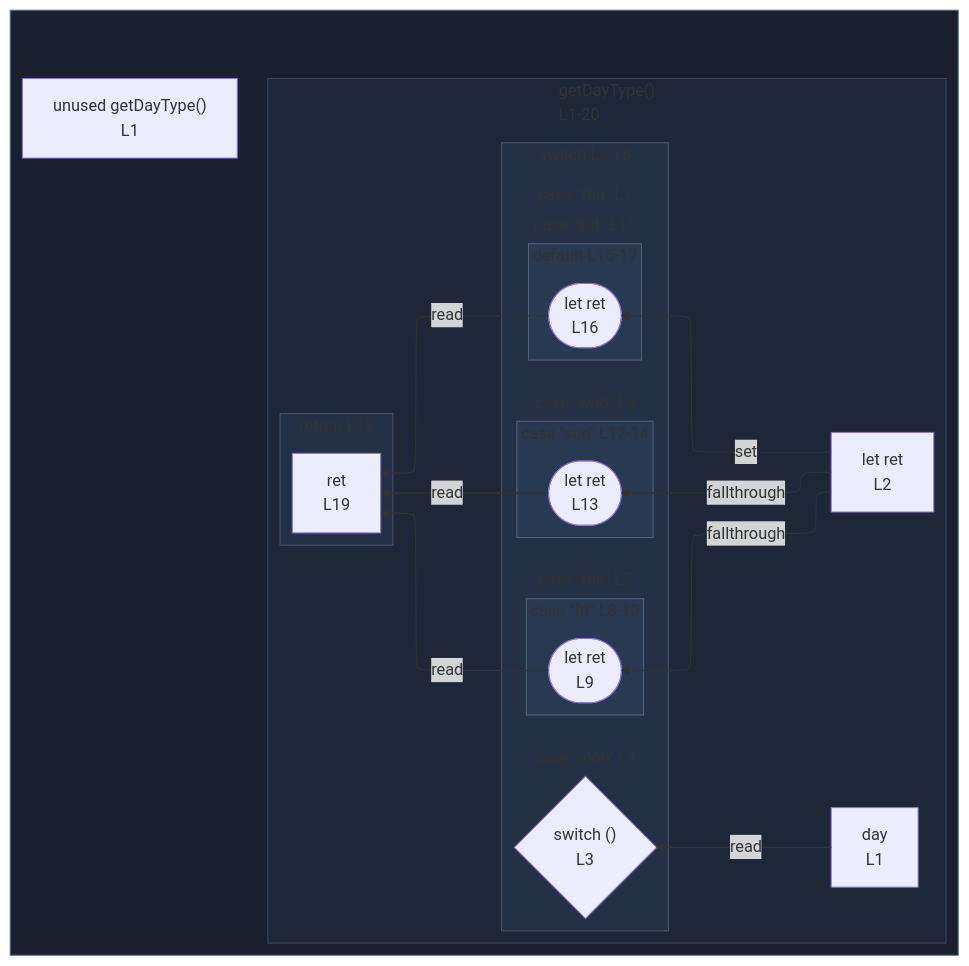
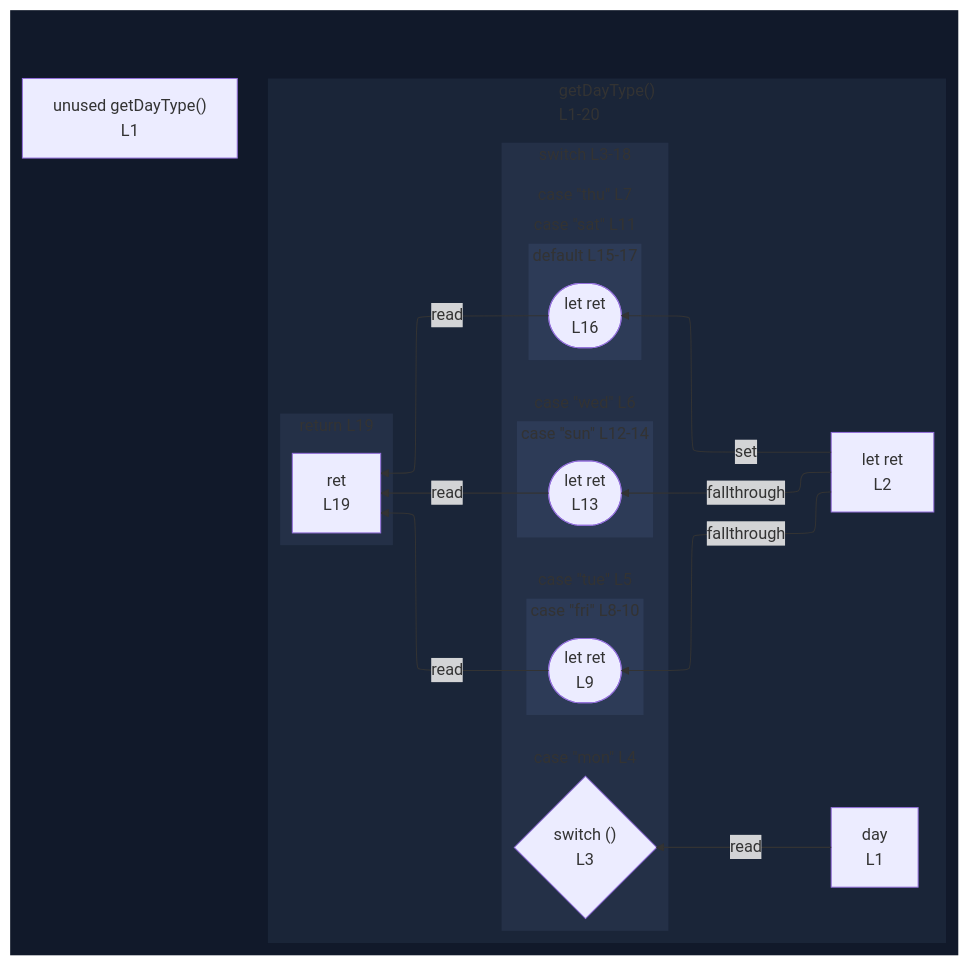
One commit to crescware/unsnarl changed the diagram in integration/fixtures/function/declaration/grouped-switch-cases/preview.md. Above: the diagram before and after it, drawn with Mermaid. The commit also changed 263 other files, not shown here.

First line of the commit message:
Drop fnWrap class and color function wrappers via the nest palette

````diff
--- a/integration/fixtures/function/declaration/grouped-switch-cases/preview.md
+++ b/integration/fixtures/function/declaration/grouped-switch-cases/preview.md
@@ -30,71 +30,71 @@
 ```mermaid
 %%{init: {"flowchart": {"defaultRenderer": "elk"}}}%%
 flowchart RL
   subgraph wrap_s_scope_1[" "]
     direction TB
     n_scope_0_getDayType_9["unused getDayType()<br/>L1"]
     subgraph s_scope_1["getDayType()<br/>L1-20"]
       direction RL
       n_scope_1_day_20["day<br/>L1"]
       n_scope_1_ret_33["let ret<br/>L2"]
       subgraph s_scope_2["switch L3-18"]
         direction RL
         switch_discriminant_scope_1_45{"switch ()<br/>L3"}
         subgraph s_scope_3["case &quot;mon&quot; L4"]
           direction RL
         end
         subgraph s_scope_4["case &quot;tue&quot; L5"]
           direction RL
         end
         subgraph s_scope_5["case &quot;wed&quot; L6"]
           direction RL
         end
         subgraph s_scope_6["case &quot;thu&quot; L7"]
           direction RL
         end
         subgraph s_scope_7["case &quot;fri&quot; L8-10"]
           direction RL
           wr_ref_2(["let ret<br/>L9"])
         end
         subgraph s_scope_8["case &quot;sat&quot; L11"]
           direction RL
         end
         subgraph s_scope_9["case &quot;sun&quot; L12-14"]
           direction RL
           wr_ref_3(["let ret<br/>L13"])
         end
         subgraph s_scope_10["default L15-17"]
           direction RL
           wr_ref_4(["let ret<br/>L16"])
         end
       end
       subgraph s_return_scope_0_getDayType_9_308_319["return L19"]
         direction RL
         ret_use_ref_5["ret<br/>L19"]
       end
     end
   end
   n_scope_1_ret_33 -->|fallthrough| wr_ref_2
   n_scope_1_ret_33 -->|fallthrough| wr_ref_3
   n_scope_1_ret_33 -->|set| wr_ref_4
   n_scope_1_day_20 -->|read| switch_discriminant_scope_1_45
   wr_ref_2 -->|read| ret_use_ref_5
   wr_ref_3 -->|read| ret_use_ref_5
   wr_ref_4 -->|read| ret_use_ref_5
-  classDef fnWrap fill:#1a2030,stroke:#5a7d99;
-  class wrap_s_scope_1 fnWrap;
-  classDef nestL1 fill:#1e2738,stroke:#3d4a63;
-  class s_scope_1 nestL1;
-  classDef nestL2 fill:#233045,stroke:#475670;
-  class s_scope_2 nestL2;
-  class s_return_scope_0_getDayType_9_308_319 nestL2;
-  classDef nestL3 fill:#283952,stroke:#51637d;
-  class s_scope_3 nestL3;
-  class s_scope_4 nestL3;
-  class s_scope_5 nestL3;
-  class s_scope_6 nestL3;
-  class s_scope_7 nestL3;
-  class s_scope_8 nestL3;
-  class s_scope_9 nestL3;
-  class s_scope_10 nestL3;
+  classDef nestL1 fill:#11192a,stroke:transparent;
+  class wrap_s_scope_1 nestL1;
+  classDef nestL2 fill:#1a2538,stroke:transparent;
+  class s_scope_1 nestL2;
+  classDef nestL3 fill:#243047,stroke:transparent;
+  class s_scope_2 nestL3;
+  class s_return_scope_0_getDayType_9_308_319 nestL3;
+  classDef nestL4 fill:#2d3b57,stroke:transparent;
+  class s_scope_3 nestL4;
+  class s_scope_4 nestL4;
+  class s_scope_5 nestL4;
+  class s_scope_6 nestL4;
+  class s_scope_7 nestL4;
+  class s_scope_8 nestL4;
+  class s_scope_9 nestL4;
+  class s_scope_10 nestL4;
 ```
````
